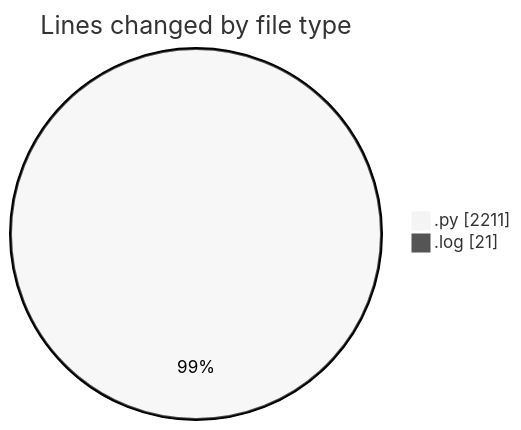
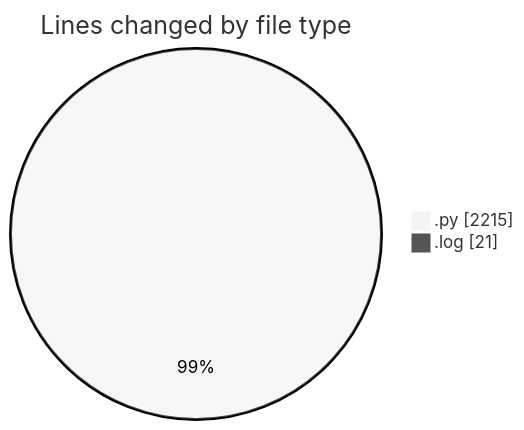
The first of 2 diagrams in 2025-05-06/samplepdf/README.md (momahboobian/code-tracking), drawn with Mermaid (neutral theme) before and after one commit. The commit also changed other lines of this file and 1 other file, not shown here.

````diff
--- a/2025-05-06/samplepdf/README.md
+++ b/2025-05-06/samplepdf/README.md
@@ -38,6 +38,6 @@
 ```mermaid
 pie showData
 title Lines changed by file type
-".py" : 2211
+".py" : 2215
 ".log" : 21
 ```
````
